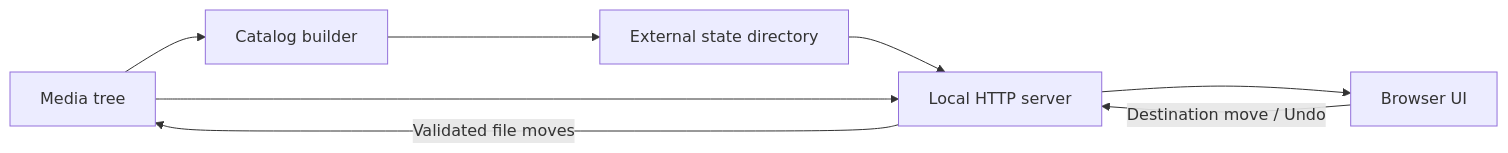
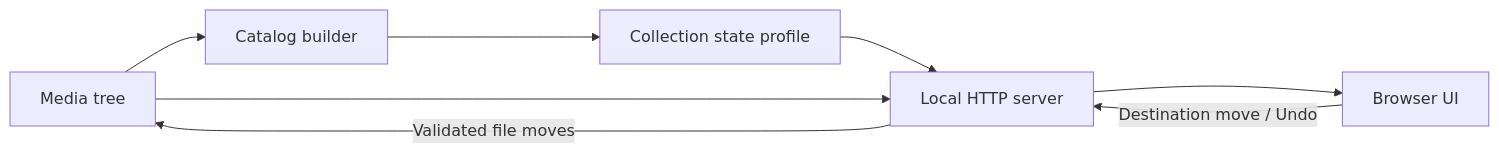
The diagram in docs/ARCHITECTURE.md (marqueymarc/slidesorter), drawn with Mermaid before and after one commit. The commit also changed other lines of this file and 27 other files, not shown here.

````diff
--- a/docs/ARCHITECTURE.md
+++ b/docs/ARCHITECTURE.md
@@ -7,10 +7,10 @@
 ```mermaid
 flowchart LR
   A["Media tree"] --> B["Catalog builder"]
-  B --> C["External state directory"]
+  B --> C["Collection state profile"]
   C --> D["Local HTTP server"]
   A --> D
   D --> E["Browser UI"]
   E -->|"Destination move / Undo"| D
   D -->|"Validated file moves"| A
 ```
````
